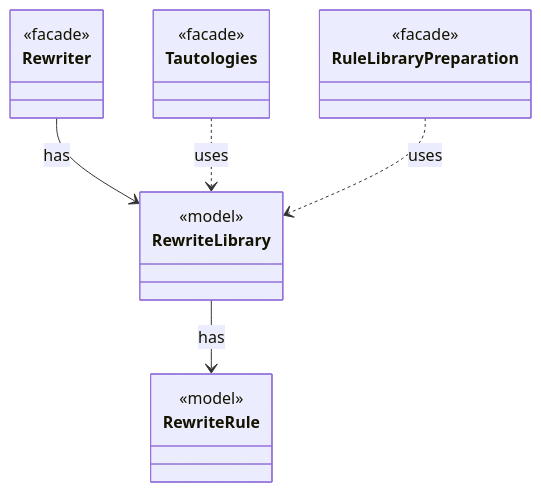
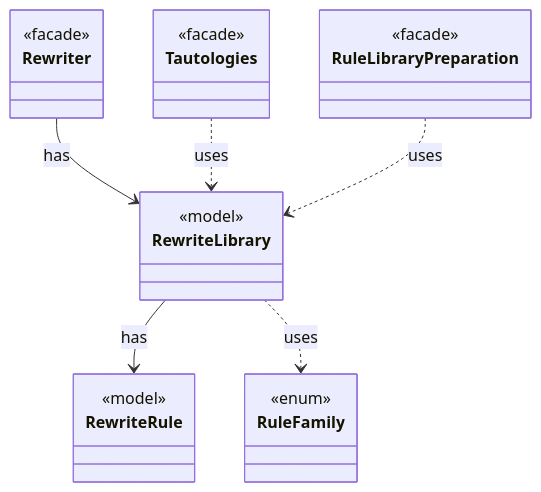
Before and after one commit to tlaplus/model-checker-hardening: the diagram in dev/types/io.github.tlaplus.hardening.gen.rewrite.RewriteLibrary.md, drawn with Mermaid. The commit also changed other lines of this file and 402 other files, not shown here.

````diff
--- a/dev/types/io.github.tlaplus.hardening.gen.rewrite.RewriteLibrary.md
+++ b/dev/types/io.github.tlaplus.hardening.gen.rewrite.RewriteLibrary.md
@@ -9,22 +9,26 @@
 ```mermaid
 classDiagram
   class RewriteLibrary {
     <<model>>
   }
   class RewriteRule {
     <<model>>
   }
   class Rewriter {
     <<facade>>
   }
+  class RuleFamily {
+    <<enum>>
+  }
   class Tautologies {
     <<facade>>
   }
   class RuleLibraryPreparation {
     <<facade>>
   }
   RewriteLibrary --> RewriteRule : has
   Rewriter --> RewriteLibrary : has
+  RewriteLibrary ..> RuleFamily : uses
   Tautologies ..> RewriteLibrary : uses
   RuleLibraryPreparation ..> RewriteLibrary : uses
 ```
````
